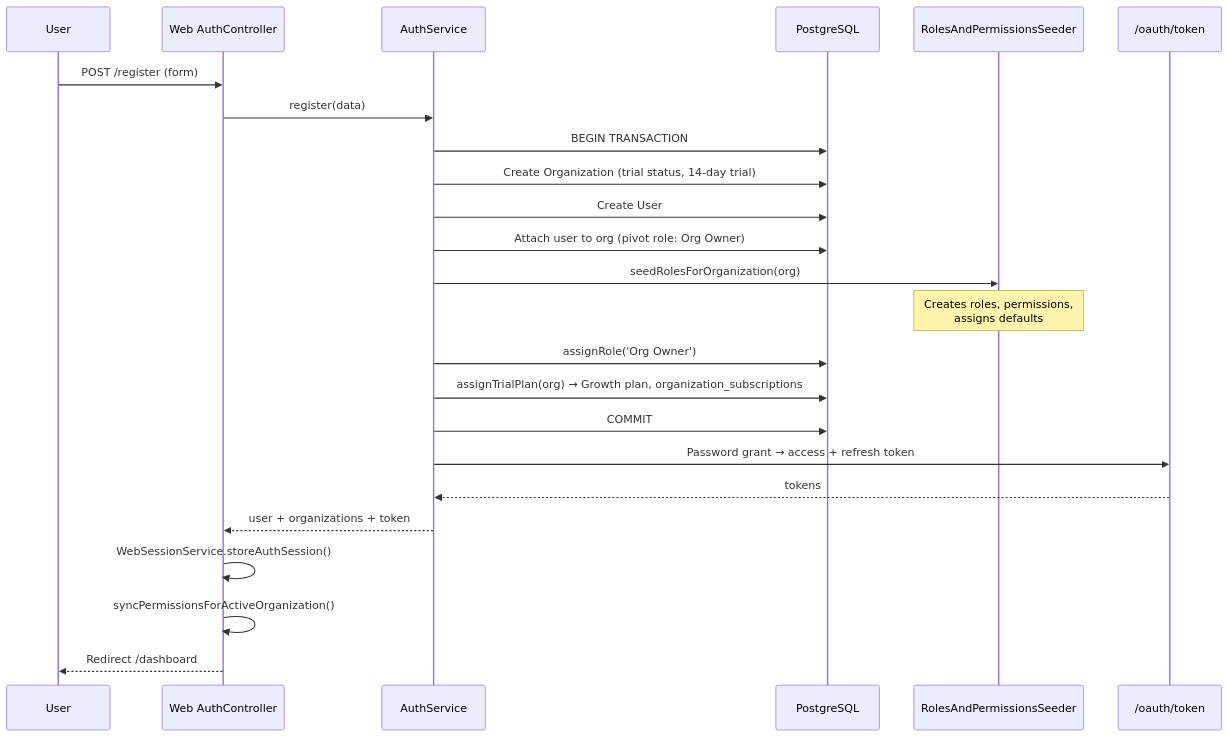
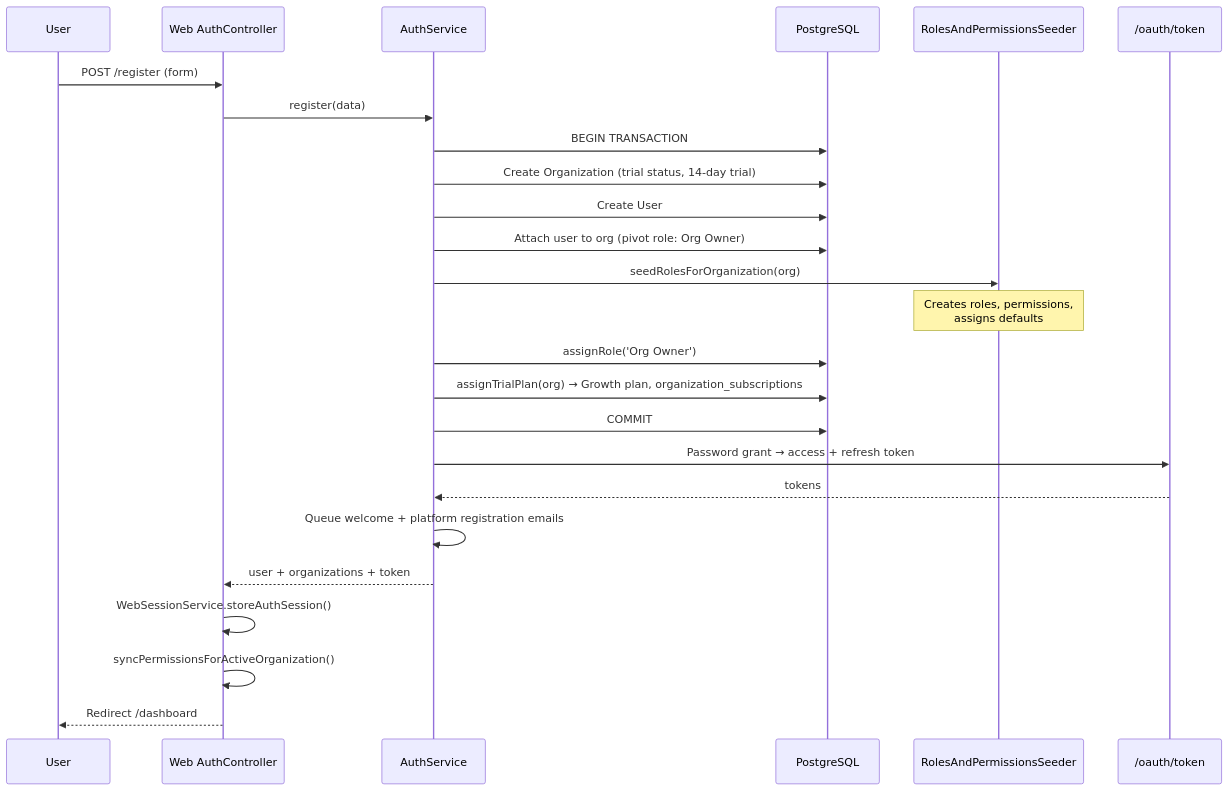
Before and after one commit to musafci/Inventory-Management-SaaS: the third of 13 diagrams in docs/SYSTEM-ARCHITECTURE-AND-WORKFLOWS.md, drawn with Mermaid. The commit also changed other lines of this file and 54 other files, not shown here.

````diff
--- a/docs/SYSTEM-ARCHITECTURE-AND-WORKFLOWS.md
+++ b/docs/SYSTEM-ARCHITECTURE-AND-WORKFLOWS.md
@@ -251,27 +255,28 @@
 ```mermaid
 sequenceDiagram
     participant U as User
     participant Web as Web AuthController
     participant Auth as AuthService
     participant DB as PostgreSQL
     participant Seed as RolesAndPermissionsSeeder
     participant OAuth as /oauth/token
 
     U->>Web: POST /register (form)
     Web->>Auth: register(data)
     Auth->>DB: BEGIN TRANSACTION
     Auth->>DB: Create Organization (trial status, 14-day trial)
     Auth->>DB: Create User
     Auth->>DB: Attach user to org (pivot role: Org Owner)
     Auth->>Seed: seedRolesForOrganization(org)
     Note over Seed: Creates roles, permissions,<br/>assigns defaults
     Auth->>DB: assignRole('Org Owner')
     Auth->>DB: assignTrialPlan(org) → Growth plan, organization_subscriptions
     Auth->>DB: COMMIT
     Auth->>OAuth: Password grant → access + refresh token
     OAuth-->>Auth: tokens
+    Auth->>Auth: Queue welcome + platform registration emails
     Auth-->>Web: user + organizations + token
     Web->>Web: WebSessionService.storeAuthSession()
     Web->>Web: syncPermissionsForActiveOrganization()
     Web-->>U: Redirect /dashboard
 ```
````
